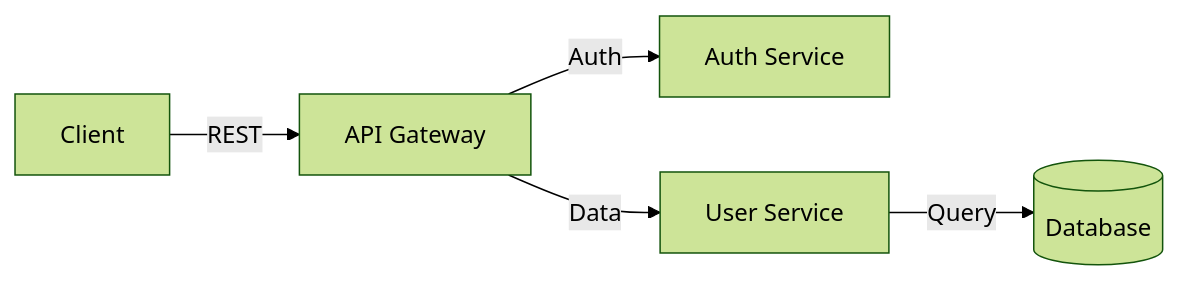
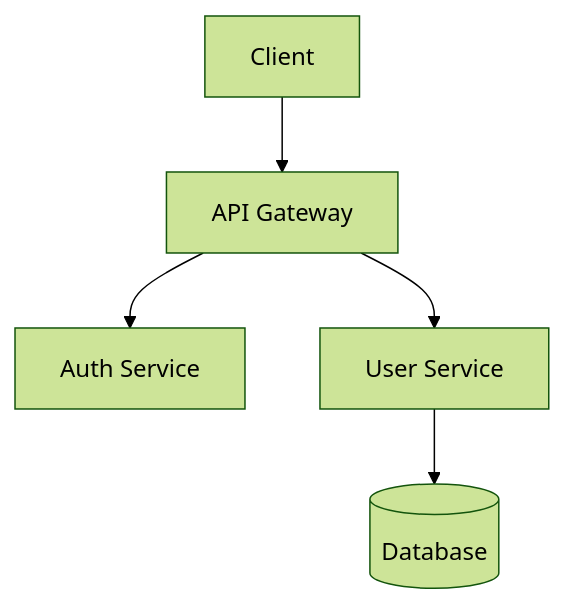
Before and after one commit to byrash/architecture-governance: the diagram in copilot/skills/drawio-to-mermaid/SKILL.md, drawn with Mermaid (forest theme). The commit also changed other lines of this file and 30 other files, not shown here.

````diff
--- a/copilot/skills/drawio-to-mermaid/SKILL.md
+++ b/copilot/skills/drawio-to-mermaid/SKILL.md
@@ -43,7 +46,7 @@
 ```mermaid
-flowchart LR
-    A[Client] -->|REST| B[API Gateway]
-    B -->|Auth| C[Auth Service]
-    B -->|Data| D[User Service]
-    D -->|Query| E[(Database)]
+flowchart TB
+    A[Client] --> B[API Gateway]
+    B --> C[Auth Service]
+    B --> D[User Service]
+    D --> E[(Database)]
 ```
````
